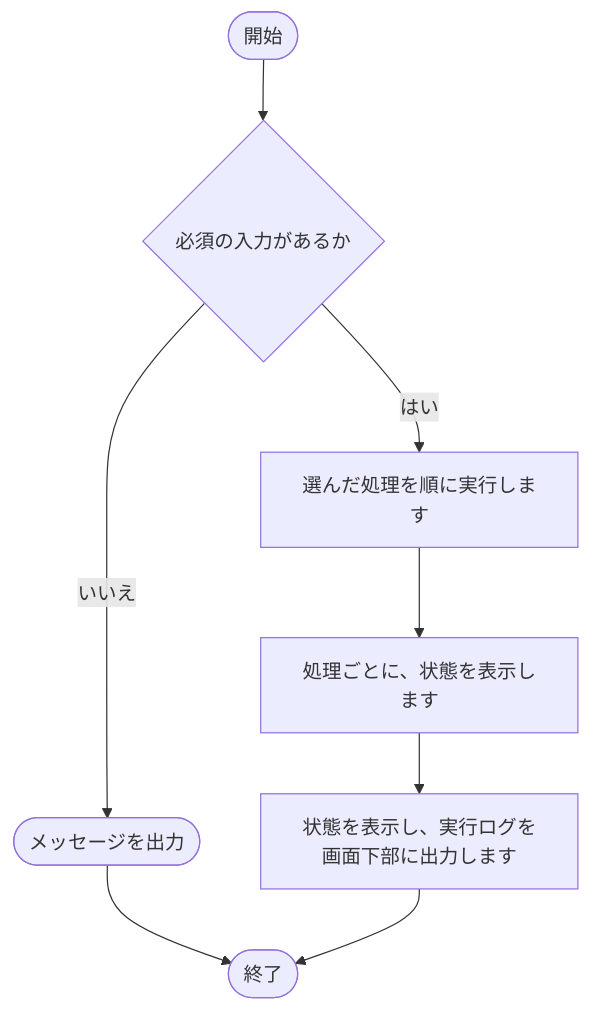
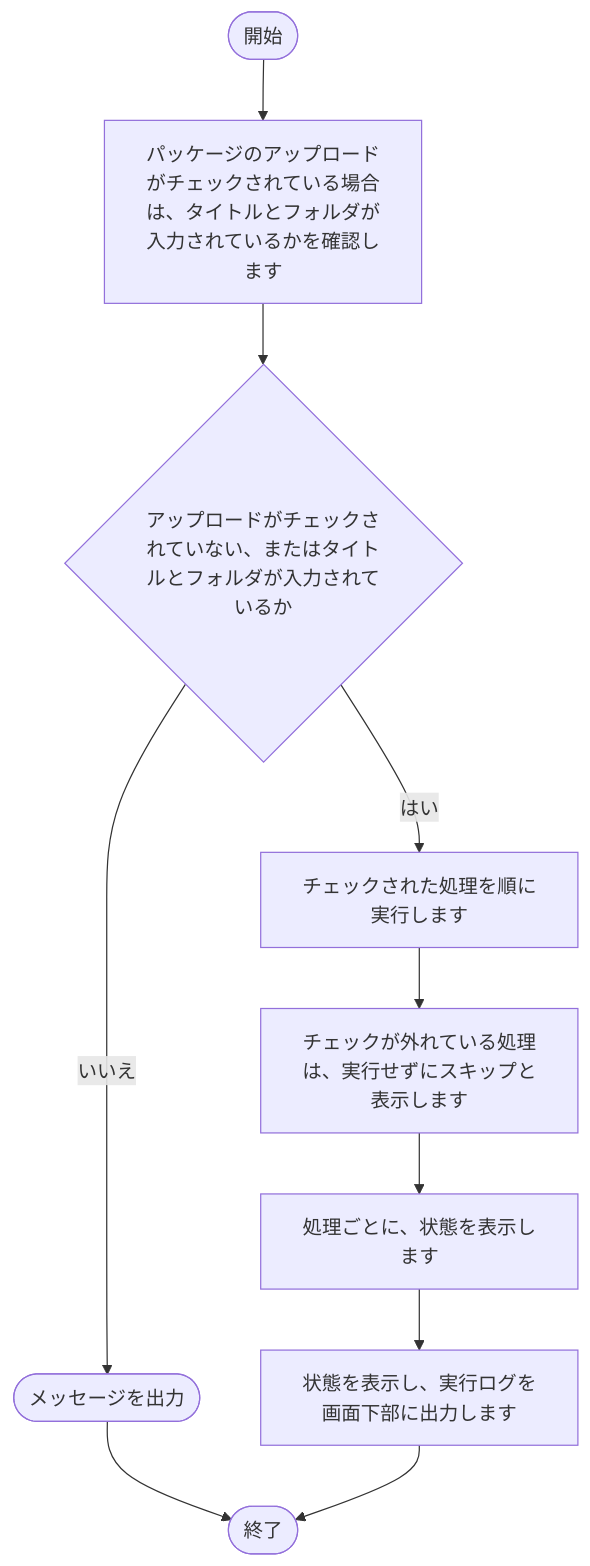
The third of 12 diagrams in tool/package-generator/doc/02_設計/処理フロー.md (nishida2073/project_management), drawn with Mermaid before and after one commit. The commit also changed other lines of this file and 16 other files, not shown here.

````diff
--- a/tool/package-generator/doc/02_設計/処理フロー.md
+++ b/tool/package-generator/doc/02_設計/処理フロー.md
@@ -83,17 +92,21 @@
 ```mermaid
 flowchart TD
     S(["開始"])
     E(["終了"])
-    N1{"必須の入力があるか"}
+    N1["パッケージのアップロードがチェックされている場合は、タイトルとフォルダが入力されているかを確認します"]
+    S --> N1
+    N2{"アップロードがチェックされていない、またはタイトルとフォルダが入力されているか"}
+    N1 --> N2
     X1(["メッセージを出力"])
+    N2 -- いいえ --> X1
     X1 --> E
-    N1 -- いいえ --> X1
-    S --> N1
-    N2["選んだ処理を順に実行します"]
-    N1 -- はい --> N2
-    N3["処理ごとに、状態を表示します"]
-    N2 --> N3
-    N4["状態を表示し、実行ログを画面下部に出力します"]
+    N3["チェックされた処理を順に実行します"]
+    N2 -- はい --> N3
+    N4["チェックが外れている処理は、実行せずにスキップと表示します"]
     N3 --> N4
-    N4 --> E
+    N5["処理ごとに、状態を表示します"]
+    N4 --> N5
+    N6["状態を表示し、実行ログを画面下部に出力します"]
+    N5 --> N6
+    N6 --> E
 ```
````
